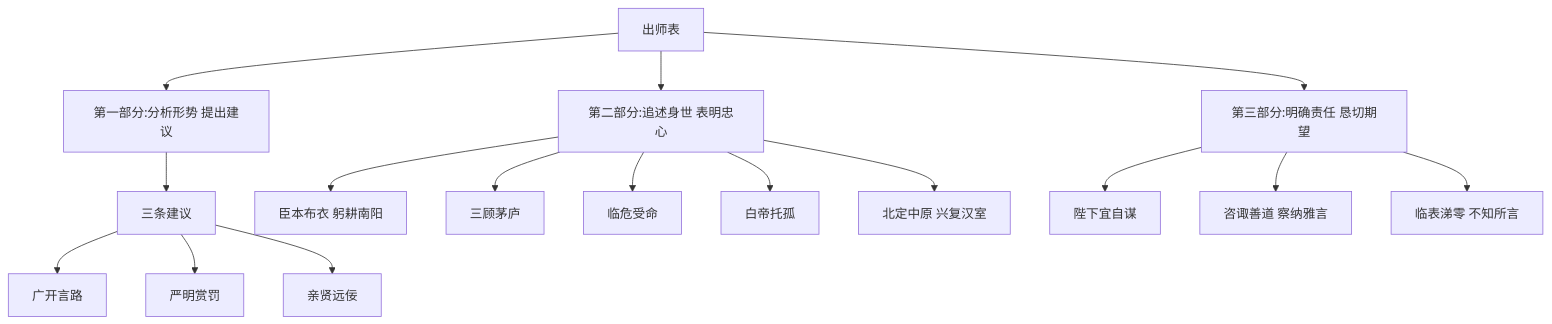
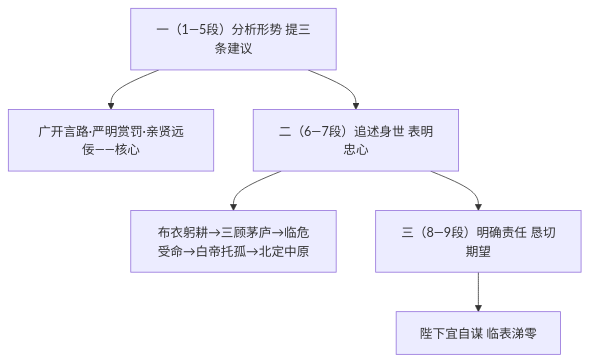
One commit to moirakk/beijing-study-portal changed the diagram in content/chinese/grade9-1/ch6/t4/note.md. Above: the diagram before and after it, drawn with Mermaid. The commit also changed 6 other files, not shown here.

Commit message:
content: chinese 9a mermaid diagrams

````diff
--- a/content/chinese/grade9-1/ch6/t4/note.md
+++ b/content/chinese/grade9-1/ch6/t4/note.md
@@ -40,18 +40,7 @@
 ```mermaid
 flowchart TD
-    A[出师表] --> B[第一部分:分析形势 提出建议]
-    A --> C[第二部分:追述身世 表明忠心]
-    A --> D[第三部分:明确责任 恳切期望]
-    B --> E[三条建议]
-    E --> E1[广开言路]
-    E --> E2[严明赏罚]
-    E --> E3[亲贤远佞]
-    C --> F[臣本布衣 躬耕南阳]
-    C --> G[三顾茅庐]
-    C --> H[临危受命]
-    C --> I[白帝托孤]
-    C --> J[北定中原 兴复汉室]
-    D --> K[陛下宜自谋]
-    D --> L[咨诹善道 察纳雅言]
-    D --> M[临表涕零 不知所言]
+    A["一（1—5段）分析形势 提三条建议"] --> A1[广开言路·严明赏罚·亲贤远佞——核心]
+    B["二（6—7段）追述身世 表明忠心"] --> B1[布衣躬耕→三顾茅庐→临危受命→白帝托孤→北定中原]
+    C["三（8—9段）明确责任 恳切期望"] --> C1[陛下宜自谋 临表涕零]
+    A --> B --> C
 ```
````
